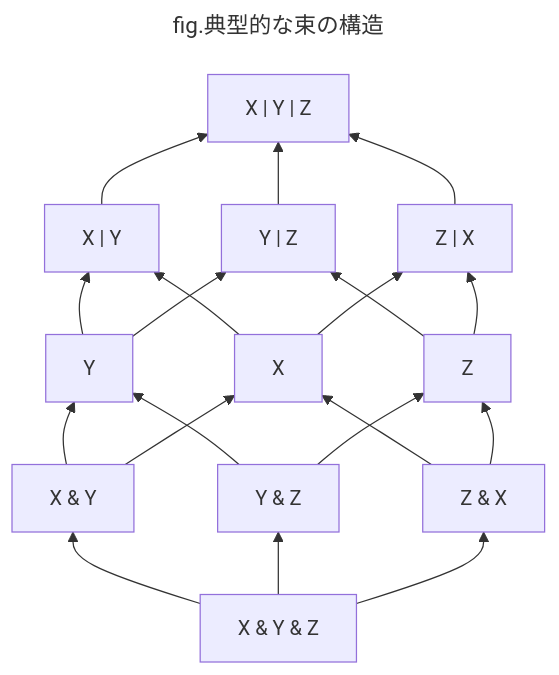
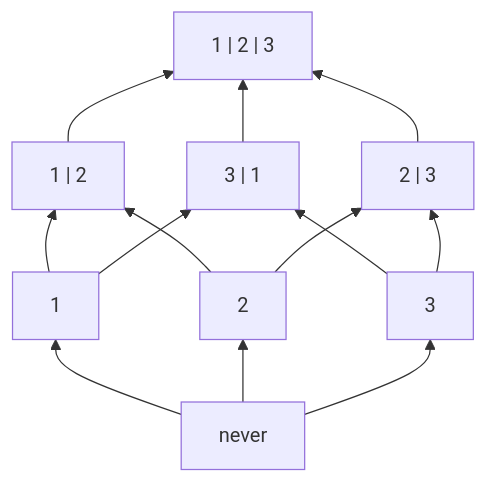
Before and after one commit to yo-goto/zenn-public-repo: diagram 22 of 42 in books/ts-algebraic-models/7-tam-lattice-theoretic-model.md, drawn with Mermaid. The commit also changed other lines of this file and 2 other files, not shown here.

````diff
--- a/books/ts-algebraic-models/7-tam-lattice-theoretic-model.md
+++ b/books/ts-algebraic-models/7-tam-lattice-theoretic-model.md
@@ -563,31 +594,19 @@
 ```mermaid
----
-title: fig.典型的な束の構造
----
 graph BT
-  xyz["X | Y | Z"]
-  xy["X | Y"]
-  yz["Y | Z"]
-  zx["Z | X"]
-  X["X"]
-  Y["Y"]
-  Z["Z"]
-  XY["X & Y"]
-  ZX["Z & X"]
-  YZ["Y & Z"]
-  B["X & Y & Z"]
-  B --> XY & YZ & ZX
-  YZ --> Y
-  XY --> Y
-  XY --> X
-  ZX --> X
-  ZX --> Z
-  YZ --> Z
-  X --> xy
-  Y --> xy
-  Y --> yz
-  Z --> yz
-  X --> zx
-  Z --> zx
-  xy & yz & zx --> xyz
+  B["never"]
+  X["1"]
+  Y["2"]
+  Z["3"]
+  XY["1 | 2"]
+  ZX["3 | 1"]
+  YZ["2 | 3"]
+  T["1 | 2 | 3"]
+  B --> X & Y & Z
+  X --> XY
+  Y --> XY
+  Z --> ZX
+  Y --> YZ
+  X --> ZX
+  Z --> YZ
+  XY & YZ & ZX --> T
 ```
````
